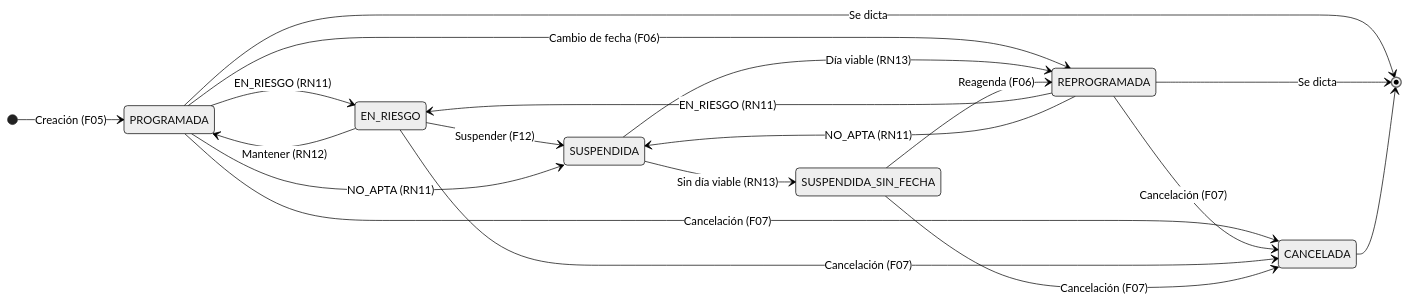
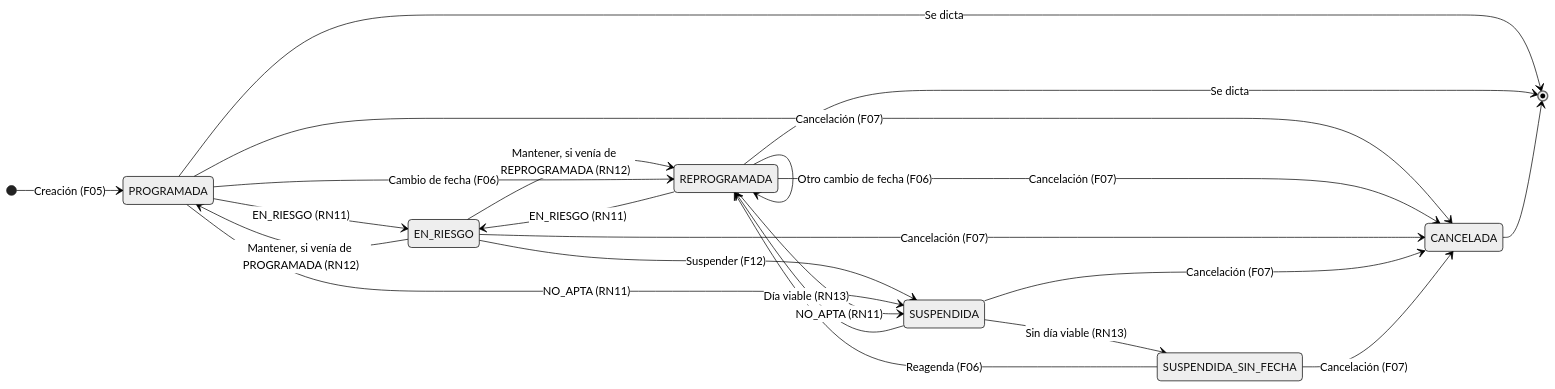
One commit to tomy91449/climafit changed the diagram in docs/diagramas/estados.mmd. Above: the diagram before and after it, drawn with Mermaid (neutral theme). The commit also changed 15 other files, not shown here.

First line of the commit message:
Diagramas y documentación al día

```diff
--- a/docs/diagramas/estados.mmd
+++ b/docs/diagramas/estados.mmd
@@ -1,20 +1,23 @@
 stateDiagram-v2
   direction LR
   [*] --> PROGRAMADA: Creación (F05)
   PROGRAMADA --> EN_RIESGO: EN_RIESGO (RN11)
   REPROGRAMADA --> EN_RIESGO: EN_RIESGO (RN11)
-  EN_RIESGO --> PROGRAMADA: Mantener (RN12)
+  EN_RIESGO --> PROGRAMADA: Mantener, si venía de PROGRAMADA (RN12)
+  EN_RIESGO --> REPROGRAMADA: Mantener, si venía de REPROGRAMADA (RN12)
   EN_RIESGO --> SUSPENDIDA: Suspender (F12)
   PROGRAMADA --> SUSPENDIDA: NO_APTA (RN11)
   REPROGRAMADA --> SUSPENDIDA: NO_APTA (RN11)
   PROGRAMADA --> REPROGRAMADA: Cambio de fecha (F06)
+  REPROGRAMADA --> REPROGRAMADA: Otro cambio de fecha (F06)
   SUSPENDIDA --> REPROGRAMADA: Día viable (RN13)
   SUSPENDIDA --> SUSPENDIDA_SIN_FECHA: Sin día viable (RN13)
   SUSPENDIDA_SIN_FECHA --> REPROGRAMADA: Reagenda (F06)
   PROGRAMADA --> CANCELADA: Cancelación (F07)
   REPROGRAMADA --> CANCELADA: Cancelación (F07)
   EN_RIESGO --> CANCELADA: Cancelación (F07)
+  SUSPENDIDA --> CANCELADA: Cancelación (F07)
   SUSPENDIDA_SIN_FECHA --> CANCELADA: Cancelación (F07)
   PROGRAMADA --> [*]: Se dicta
   REPROGRAMADA --> [*]: Se dicta
   CANCELADA --> [*]
```
